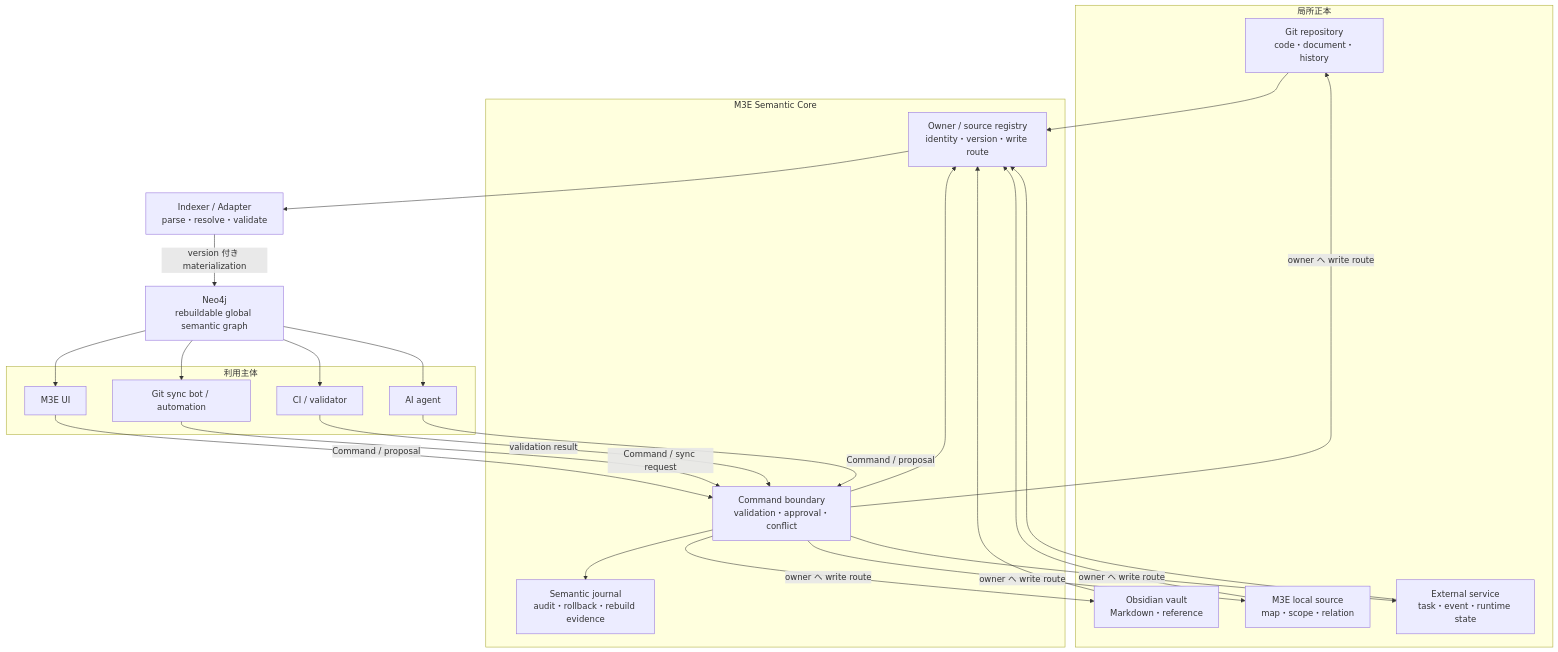
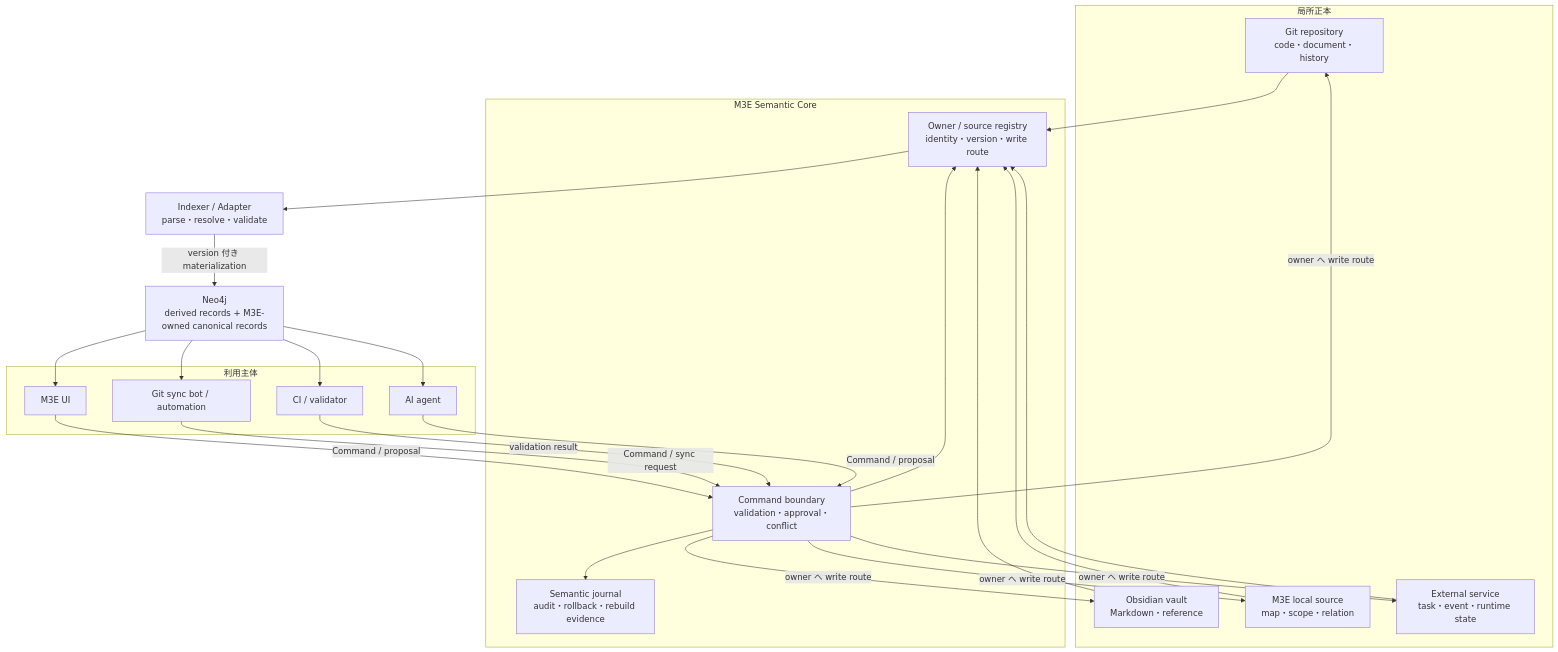
The first of 2 diagrams in docs/01_Vision/Strategy.md (akaghef/M3E), drawn with Mermaid before and after one commit. The commit also changed other lines of this file and 21 other files, not shown here.

````diff
--- a/docs/01_Vision/Strategy.md
+++ b/docs/01_Vision/Strategy.md
@@ -199,50 +210,50 @@
 ```mermaid
 flowchart TB
     subgraph OWNERS["局所正本"]
         GIT["Git repository<br/>code・document・history"]
         OBS["Obsidian vault<br/>Markdown・reference"]
         LOCAL["M3E local source<br/>map・scope・relation"]
         EXT["External service<br/>task・event・runtime state"]
     end
 
     subgraph CORE["M3E Semantic Core"]
         REG["Owner / source registry<br/>identity・version・write route"]
         CMD["Command boundary<br/>validation・approval・conflict"]
         JOURNAL["Semantic journal<br/>audit・rollback・rebuild evidence"]
     end
 
     IDX["Indexer / Adapter<br/>parse・resolve・validate"]
-    NEO["Neo4j<br/>rebuildable global semantic graph"]
+    NEO["Neo4j<br/>derived records + M3E-owned canonical records"]
 
     subgraph USERS["利用主体"]
         UI["M3E UI"]
         BOT["Git sync bot / automation"]
         CI["CI / validator"]
         AGENT["AI agent"]
     end
 
     GIT --> REG
     OBS --> REG
     LOCAL --> REG
     EXT --> REG
 
     REG --> IDX
     IDX -->|"version 付き materialization"| NEO
     CMD --> JOURNAL
     CMD --> REG
 
     NEO --> UI
     NEO --> BOT
     NEO --> CI
     NEO --> AGENT
 
     UI -->|"Command / proposal"| CMD
     BOT -->|"Command / sync request"| CMD
     CI -->|"validation result"| CMD
     AGENT -->|"Command / proposal"| CMD
 
     CMD -->|"owner へ write route"| GIT
     CMD -->|"owner へ write route"| OBS
     CMD -->|"owner へ write route"| LOCAL
     CMD -->|"owner へ write route"| EXT
 ```
````
